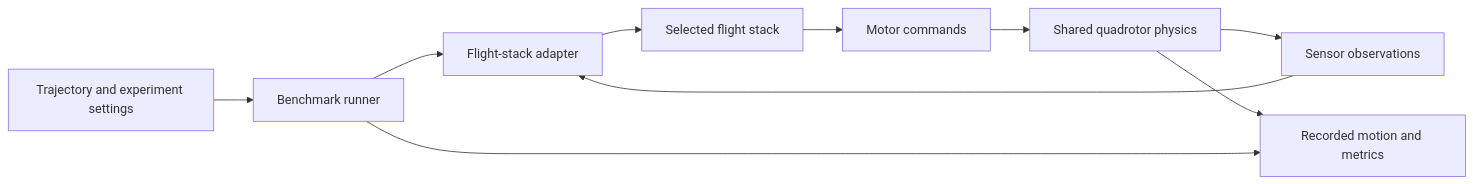
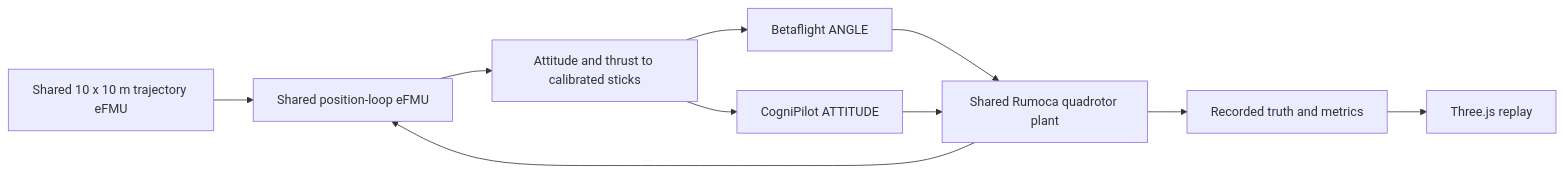
One commit to An1Sura/PURT-UAS_Autonomous_Drone_Racing_Workspace changed the diagram in README.md. Above: the diagram before and after it, drawn with Mermaid. The commit also changed other lines of this file and 16 other files, not shown here.

````diff
--- a/README.md
+++ b/README.md
@@ -17,12 +17,12 @@
 ```mermaid
 flowchart LR
-    R[Trajectory and experiment settings] --> B[Benchmark runner]
-    B --> A[Flight-stack adapter]
-    A --> F[Selected flight stack]
-    F --> M[Motor commands]
-    M --> P[Shared quadrotor physics]
-    P --> S[Sensor observations]
-    S --> A
-    P --> L[Recorded motion and metrics]
-    B --> L
+    T[Shared 10 x 10 m trajectory eFMU] --> C[Shared position-loop eFMU]
+    P[Shared Rumoca quadrotor plant] --> C
+    C --> A[Attitude and thrust to calibrated sticks]
+    A --> BF[Betaflight ANGLE]
+    A --> CG[CogniPilot ATTITUDE]
+    BF --> P
+    CG --> P
+    P --> L[Recorded truth and metrics]
+    L --> V[Three.js replay]
 ```
````
